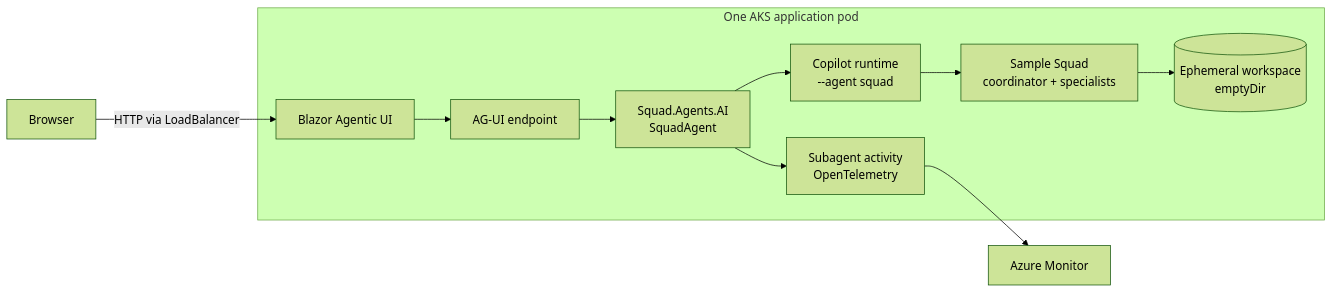
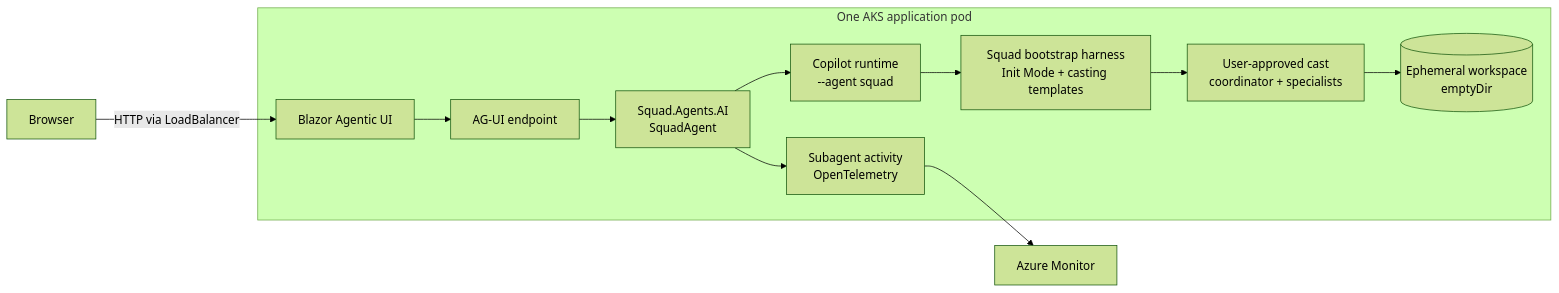
The first of 2 diagrams in README.md (bradygaster/squad-on-aks), drawn with Mermaid (forest theme) before and after one commit. The commit also changed other lines of this file, not shown here.

First line of the commit message:
docs: make native casting the Wave 1 entry

````diff
--- a/README.md
+++ b/README.md
@@ -50,15 +48,16 @@
 ```mermaid
 flowchart LR
     USER["Browser"] -->|"HTTP via LoadBalancer"| UI["Blazor Agentic UI"]
 
     subgraph POD["One AKS application pod"]
         UI --> AGUI["AG-UI endpoint"]
         AGUI --> AGENT["Squad.Agents.AI<br/>SquadAgent"]
         AGENT --> COPILOT["Copilot runtime<br/>--agent squad"]
-        COPILOT --> SQUAD["Sample Squad<br/>coordinator + specialists"]
+        COPILOT --> BOOTSTRAP["Squad bootstrap harness<br/>Init Mode + casting templates"]
+        BOOTSTRAP --> SQUAD["User-approved cast<br/>coordinator + specialists"]
         SQUAD --> WORKSPACE[("Ephemeral workspace<br/>emptyDir")]
         AGENT --> TRACE["Subagent activity<br/>OpenTelemetry"]
     end
 
     TRACE --> MONITOR["Azure Monitor"]
 ```
````
